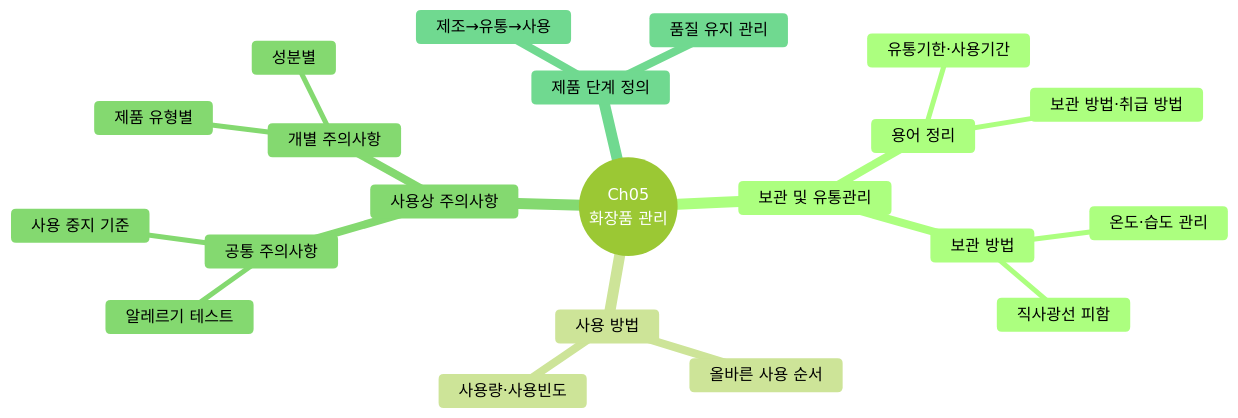
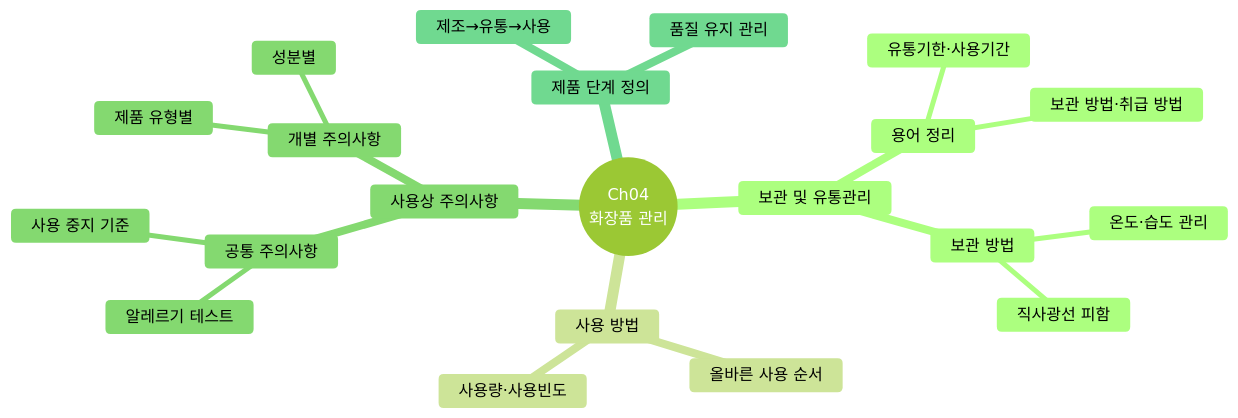
One commit to skygoldlee-cyber/Personalized_Skincare changed the sixth of 21 diagrams in content/교재/manufacturing/2과목_제조및품질관리_표준형.md. Above: the diagram before and after it, drawn with Mermaid (forest theme). The commit also changed other lines of this file and 15 other files, not shown here.

````diff
--- a/content/교재/manufacturing/2과목_제조및품질관리_표준형.md
+++ b/content/교재/manufacturing/2과목_제조및품질관리_표준형.md
@@ -298,24 +298,24 @@
 ```mermaid
 mindmap
- root((Ch05<br/>화장품 관리))
+ root((Ch04<br/>화장품 관리))
   보관 및 유통관리
    용어 정리
     유통기한·사용기간
     보관 방법·취급 방법
    보관 방법
     온도·습도 관리
     직사광선 피함
   사용 방법
    올바른 사용 순서
    사용량·사용빈도
   사용상 주의사항
    공통 주의사항
     알레르기 테스트
     사용 중지 기준
    개별 주의사항
     제품 유형별
     성분별
   제품 단계 정의
    제조→유통→사용
    품질 유지 관리
 ```
````
